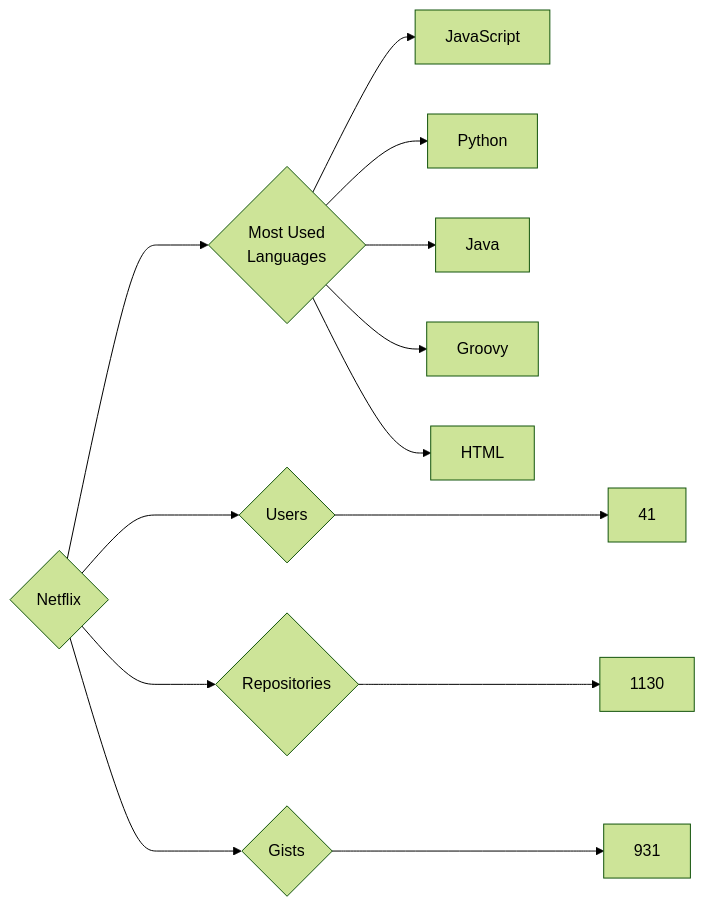
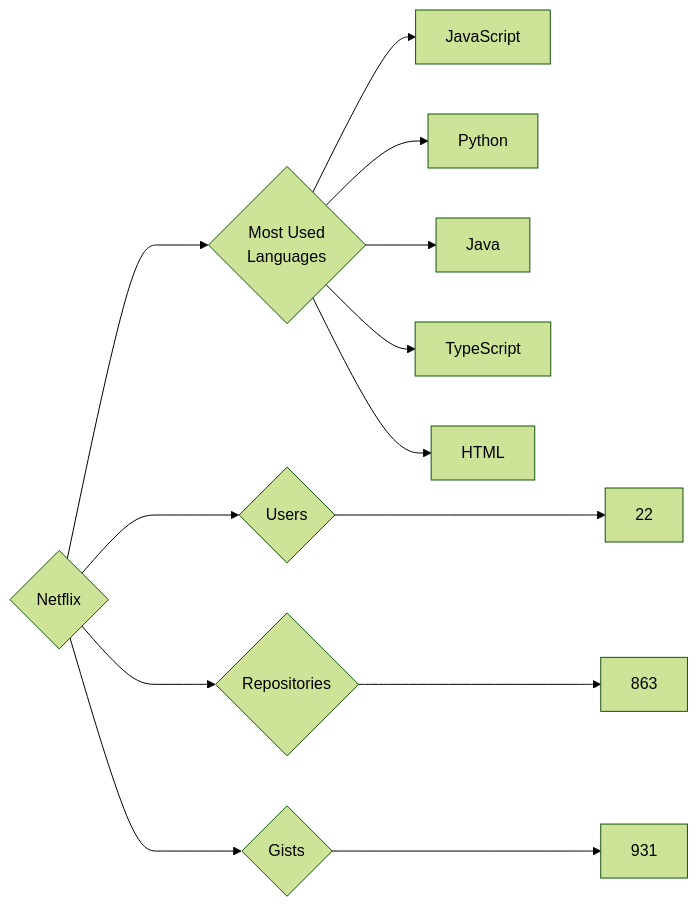
One commit to trickest/insiders changed the diagram in targets/Netflix/README.md. Above: the diagram before and after it, drawn with Mermaid (forest theme). The commit also changed 823 other files, not shown here.

````diff
--- a/targets/Netflix/README.md
+++ b/targets/Netflix/README.md
@@ -3,13 +3,13 @@
 ```mermaid
 graph LR
 COMPANY_NAME{Netflix}
-COMPANY_NAME ---> U{Users} ---> UN[41]
-COMPANY_NAME ---> R{Repositories} ---> RN[1130]
+COMPANY_NAME ---> U{Users} ---> UN[22]
+COMPANY_NAME ---> R{Repositories} ---> RN[863]
 COMPANY_NAME ---> G{Gists} ---> GN[931]
 COMPANY_NAME ---> ML{Most Used<br>Languages}
 ML --> JavaScript[JavaScript]
 ML --> Python[Python]
 ML --> Java[Java]
-ML --> Groovy[Groovy]
+ML --> TypeScript[TypeScript]
 ML --> HTML[HTML]
 ```
````
